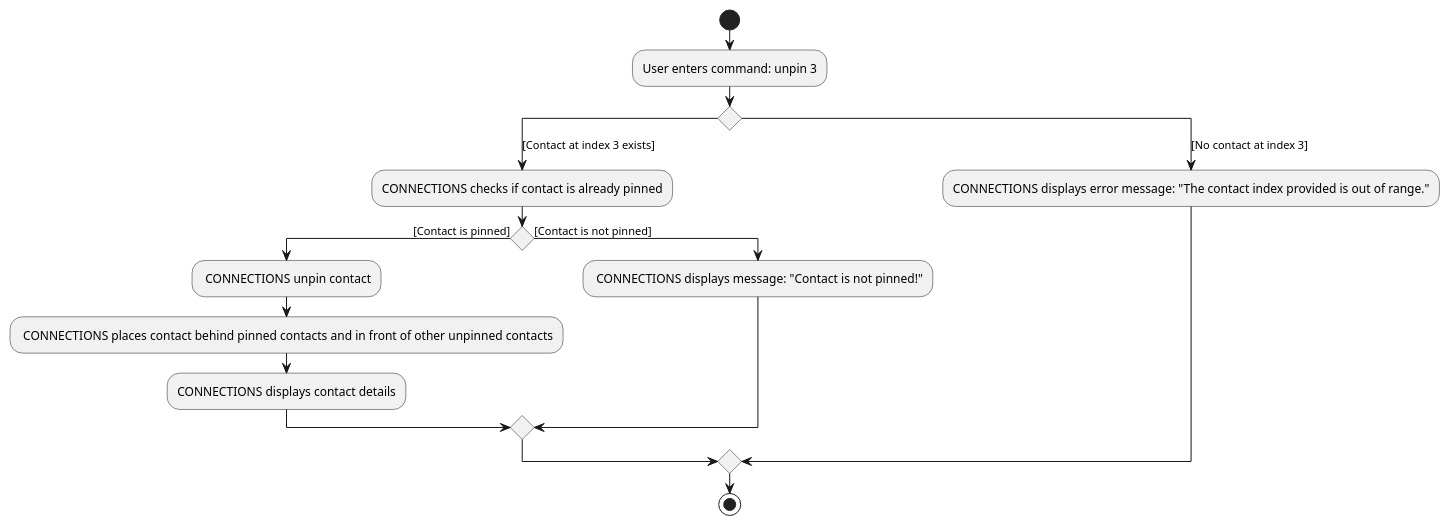
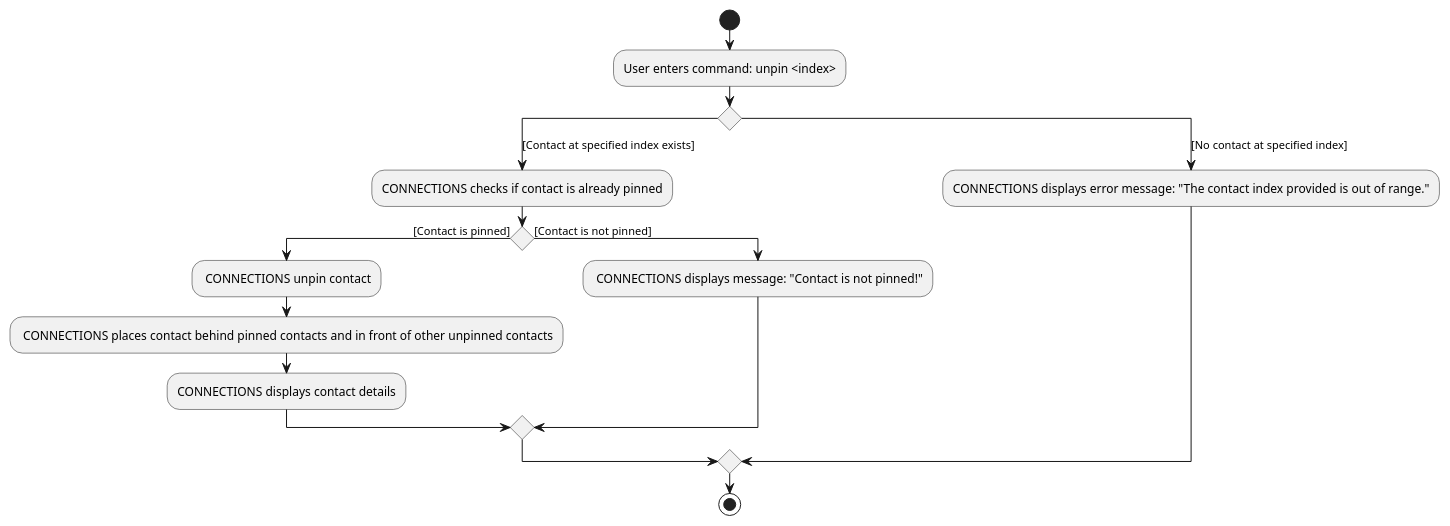
One commit to nus-cs2103-AY2122S1/tp changed the diagram in docs/diagrams/UnpinActivityDiagram.puml. Above: the diagram before and after it, drawn with PlantUML. The commit also changed 1 other file, not shown here.

Commit message:
Update diagram to change index to be more generic

```diff
--- a/docs/diagrams/UnpinActivityDiagram.puml
+++ b/docs/diagrams/UnpinActivityDiagram.puml
@@ -1,23 +1,23 @@
 @startuml
 'https://plantuml.com/activity-diagram-beta
 
 start
-:User enters command: unpin 3;
+:User enters command: unpin <index>;
 switch()
-case ([Contact at index 3 exists])
+case ([Contact at specified index exists])
   :CONNECTIONS checks if contact is already pinned;
   if () then ([Contact is pinned])
     : CONNECTIONS unpin contact;
     : CONNECTIONS places contact behind pinned contacts and in front of other unpinned contacts;
     -CONNECTIONS displays contact details
   else ([Contact is not pinned])
     : CONNECTIONS displays message: "Contact is not pinned!";
   endif
-case ([No contact at index 3])
+case ([No contact at specified index])
   :CONNECTIONS displays error message: "The contact index provided is out of range.";
 endswitch
 
 
 stop
 
 @enduml
```
